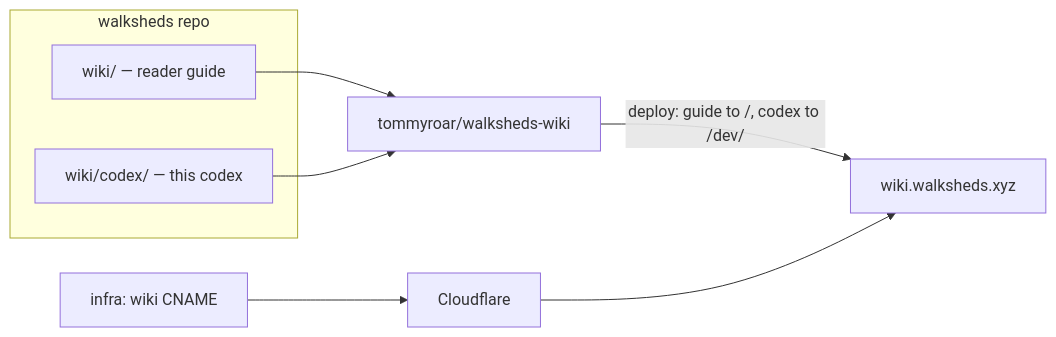
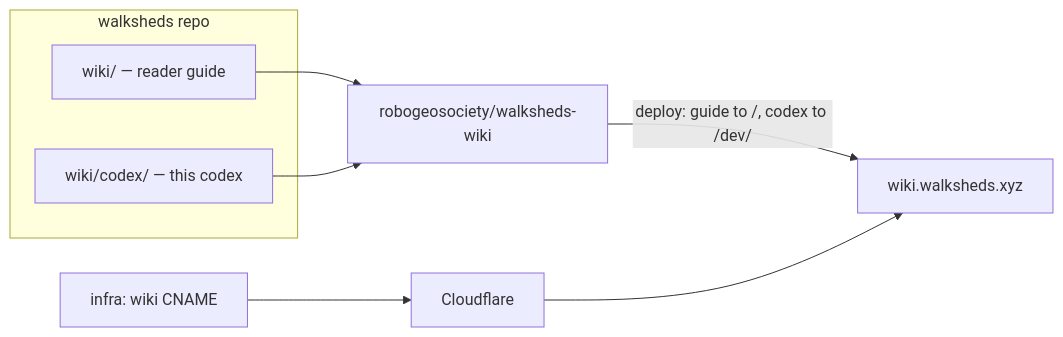
One commit to robogeosociety/walksheds changed the second of 2 diagrams in wiki/codex/docs/deployment.md. Above: the diagram before and after it, drawn with Mermaid. The commit also changed other lines of this file and 12 other files, not shown here.

Commit message:
chore: rename github URLs tommyroar → robogeosociety (#82)

````diff
--- a/wiki/codex/docs/deployment.md
+++ b/wiki/codex/docs/deployment.md
@@ -61,11 +61,11 @@
 ```mermaid
 flowchart LR
   subgraph mono[walksheds repo]
     W[wiki/ — reader guide]
     C[wiki/codex/ — this codex]
   end
-  W --> WR[tommyroar/walksheds-wiki]
+  W --> WR[robogeosociety/walksheds-wiki]
   C --> WR
   WR -->|deploy: guide to /, codex to /dev/| WS[wiki.walksheds.xyz]
   TF[infra: wiki CNAME] --> CF[Cloudflare] --> WS
 ```
````
